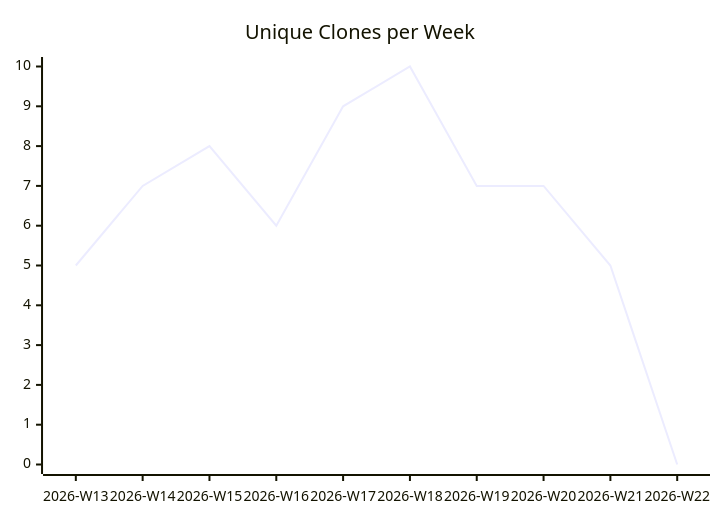
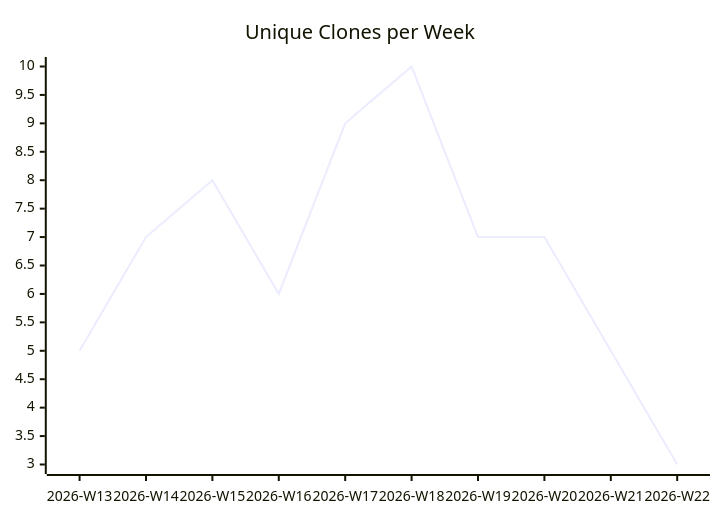
The third of 3 diagrams in karlmdavis/ansible-role-jenkins2/README.md (justdavis-family/github-analytics-data), drawn with Mermaid before and after one commit. The commit also changed other lines of this file and 190 other files, not shown here.

````diff
--- a/karlmdavis/ansible-role-jenkins2/README.md
+++ b/karlmdavis/ansible-role-jenkins2/README.md
@@ -19,6 +19,6 @@
 ```mermaid
 xychart-beta
   title "Unique Clones per Week"
   x-axis ["2026-W13", "2026-W14", "2026-W15", "2026-W16", "2026-W17", "2026-W18", "2026-W19", "2026-W20", "2026-W21", "2026-W22"]
-  line [5, 7, 8, 6, 9, 10, 7, 7, 5, 0]
+  line [5, 7, 8, 6, 9, 10, 7, 7, 5, 3]
 ```
````
